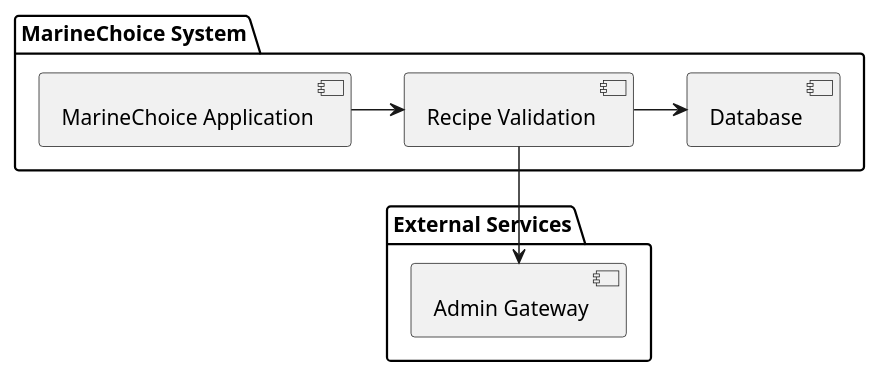
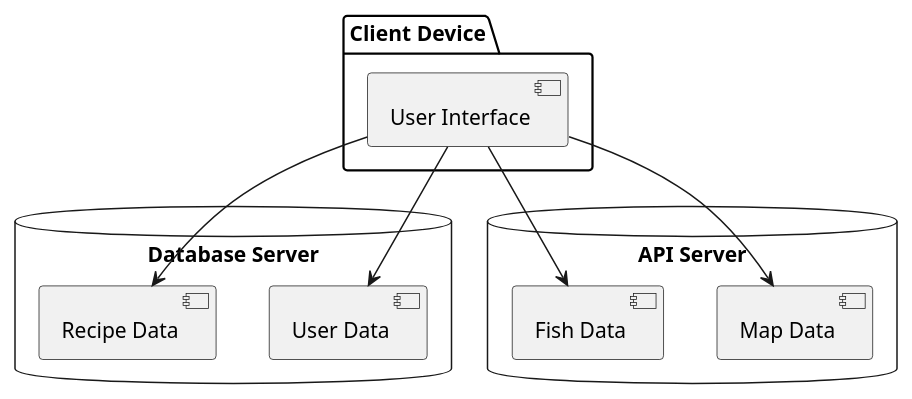
The diagram in logical.puml (PedroLunet/MarineChoice), drawn with PlantUML before and after one commit. The commit also changed 15 other files, not shown here.

```diff
--- a/logical.puml
+++ b/logical.puml
@@ -1,19 +1,23 @@
-@startuml logical
+@startuml physical
 
-top to bottom direction
-
-package "MarineChoice System" {
-  [MarineChoice Application]
-  [Recipe Validation]
-  [Database]
+package "Client Device" {
+  [User Interface]
 }
 
-package "External Services" {
-  [Admin Gateway]
+database "Database Server" {
+  [User Data]
+  [Recipe Data]
 }
 
-[MarineChoice Application] -> [Recipe Validation]
-[Recipe Validation] -> [Database]
-[Recipe Validation] --> [Admin Gateway]
+database "API Server" {
+  [Map Data]
+  [Fish Data]
+}
+
+
+[User Interface] --> [User Data]
+[User Interface] --> [Recipe Data]
+[User Interface] --> [Fish Data]
+[User Interface] --> [Map Data]
 
 @enduml
```
